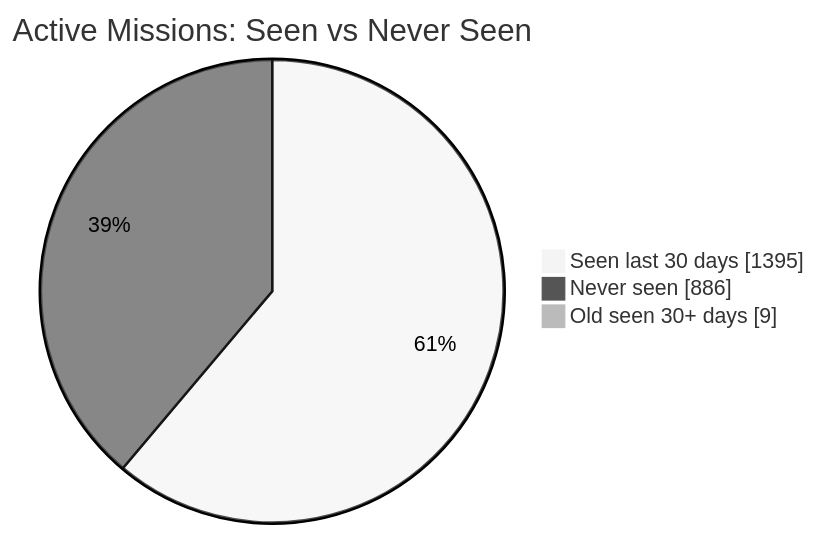
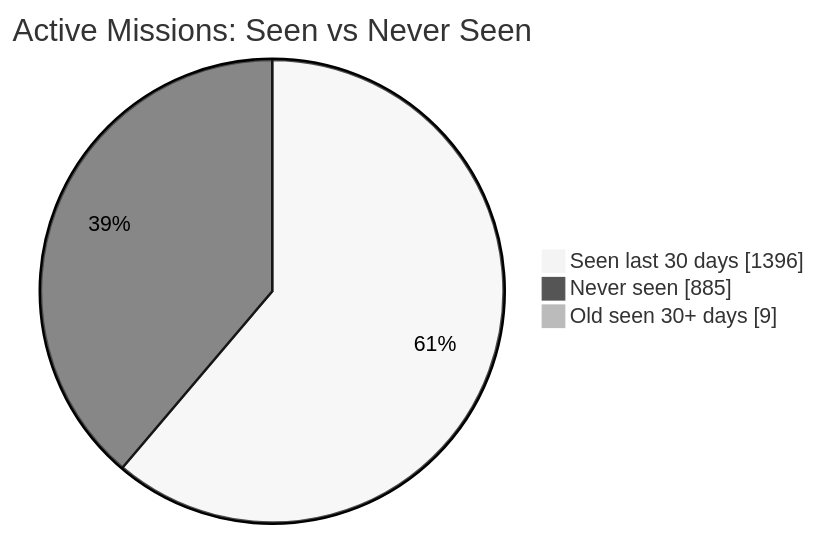
Before and after one commit to MeldkamerspelGameTeam/active-missions: the first of 2 diagrams in README.md, drawn with Mermaid (neutral theme). The commit also changed other lines of this file and 2 other files, not shown here.

````diff
--- a/README.md
+++ b/README.md
@@ -34,7 +34,7 @@
 ```mermaid
 pie showData
     title Active Missions: Seen vs Never Seen
-    "Seen last 30 days" : 1395
-    "Never seen" : 886
+    "Seen last 30 days" : 1396
+    "Never seen" : 885
     "Old seen 30+ days" : 9
 ```
````
